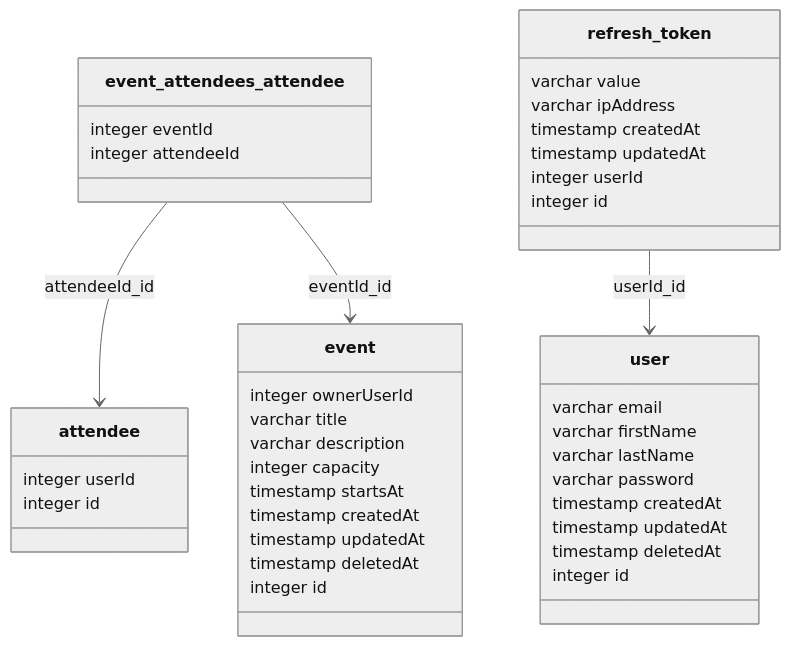
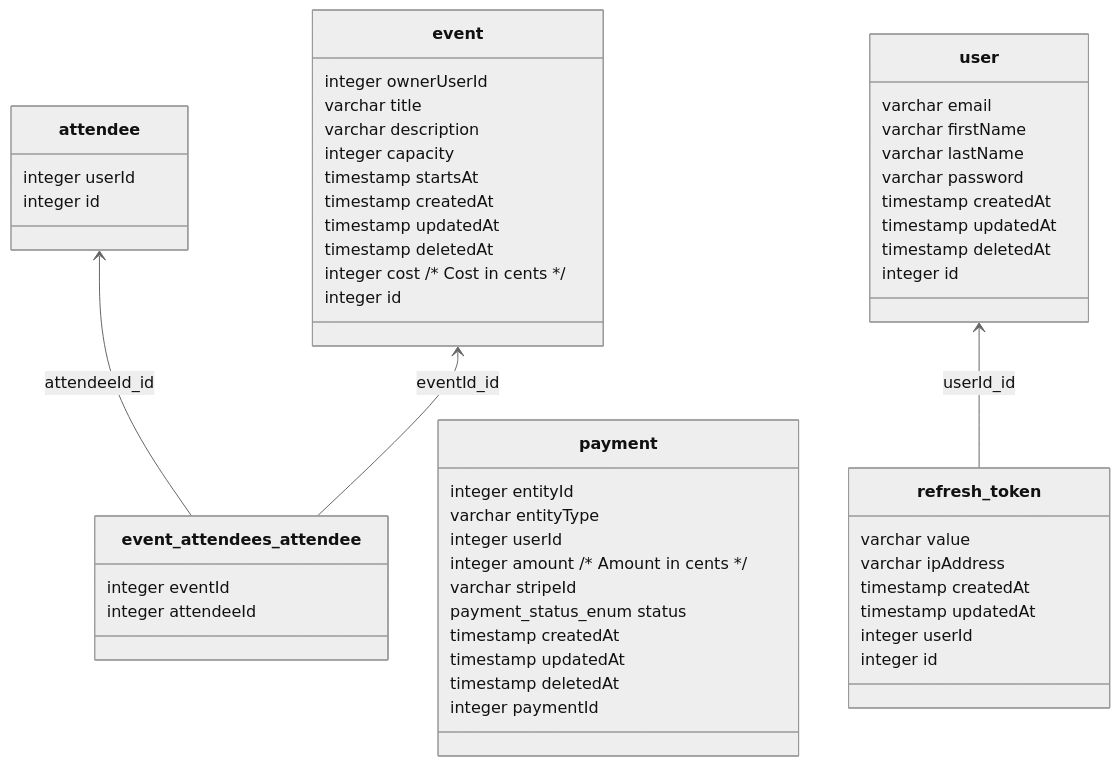
One commit to developer239/nest-vite-fullstack-microservices-poc changed the second of 2 diagrams in README.md. Above: the diagram before and after it, drawn with Mermaid (neutral theme). The commit also changed 6 other files, not shown here.

````diff
--- a/README.md
+++ b/README.md
@@ -43,46 +43,58 @@
 ```mermaid
 classDiagram
-direction TB
-class attendee {
-   integer userId
-   integer id
-}
-class event {
-   integer ownerUserId
-   varchar title
-   varchar description
-   integer capacity
-   timestamp startsAt
-   timestamp createdAt
-   timestamp updatedAt
-   timestamp deletedAt
-   integer id
-}
-class event_attendees_attendee {
-   integer eventId
-   integer attendeeId
-}
+  direction BT
+  class attendee {
+    integer userId
+    integer id
+  }
+  class event {
+    integer ownerUserId
+    varchar title
+    varchar description
+    integer capacity
+    timestamp startsAt
+    timestamp createdAt
+    timestamp updatedAt
+    timestamp deletedAt
+    integer cost  /* Cost in cents */
+    integer id
+  }
+  class event_attendees_attendee {
+    integer eventId
+    integer attendeeId
+  }
+  class payment {
+    integer entityId
+    varchar entityType
+    integer userId
+    integer amount  /* Amount in cents */
+    varchar stripeId
+    payment_status_enum status
+    timestamp createdAt
+    timestamp updatedAt
+    timestamp deletedAt
+    integer paymentId
+  }
+  class refresh_token {
+    varchar value
+    varchar ipAddress
+    timestamp createdAt
+    timestamp updatedAt
+    integer userId
+    integer id
+  }
+  class user {
+    varchar email
+    varchar firstName
+    varchar lastName
+    varchar password
+    timestamp createdAt
+    timestamp updatedAt
+    timestamp deletedAt
+    integer id
+  }
 
-class refresh_token {
-   varchar value
-   varchar ipAddress
-   timestamp createdAt
-   timestamp updatedAt
-   integer userId
-   integer id
-}
-class user {
-   varchar email
-   varchar firstName
-   varchar lastName
-   varchar password
-   timestamp createdAt
-   timestamp updatedAt
-   timestamp deletedAt
-   integer id
-}
-
-event_attendees_attendee  -->  attendee : attendeeId_id
-event_attendees_attendee  -->  event : eventId_id
-refresh_token  -->  user : userId_id
+  event_attendees_attendee  -->  attendee : attendeeId_id
+  event_attendees_attendee  -->  event : eventId_id
+  refresh_token  -->  user : userId_id
 ```
````
